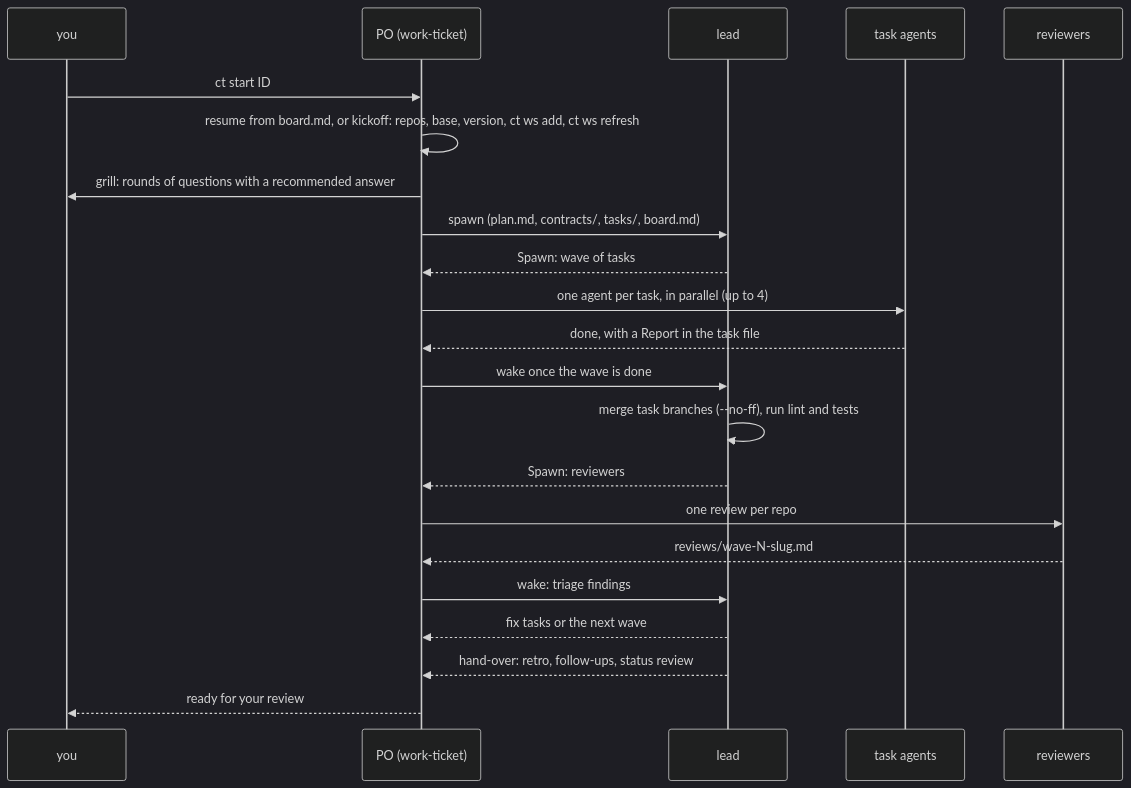
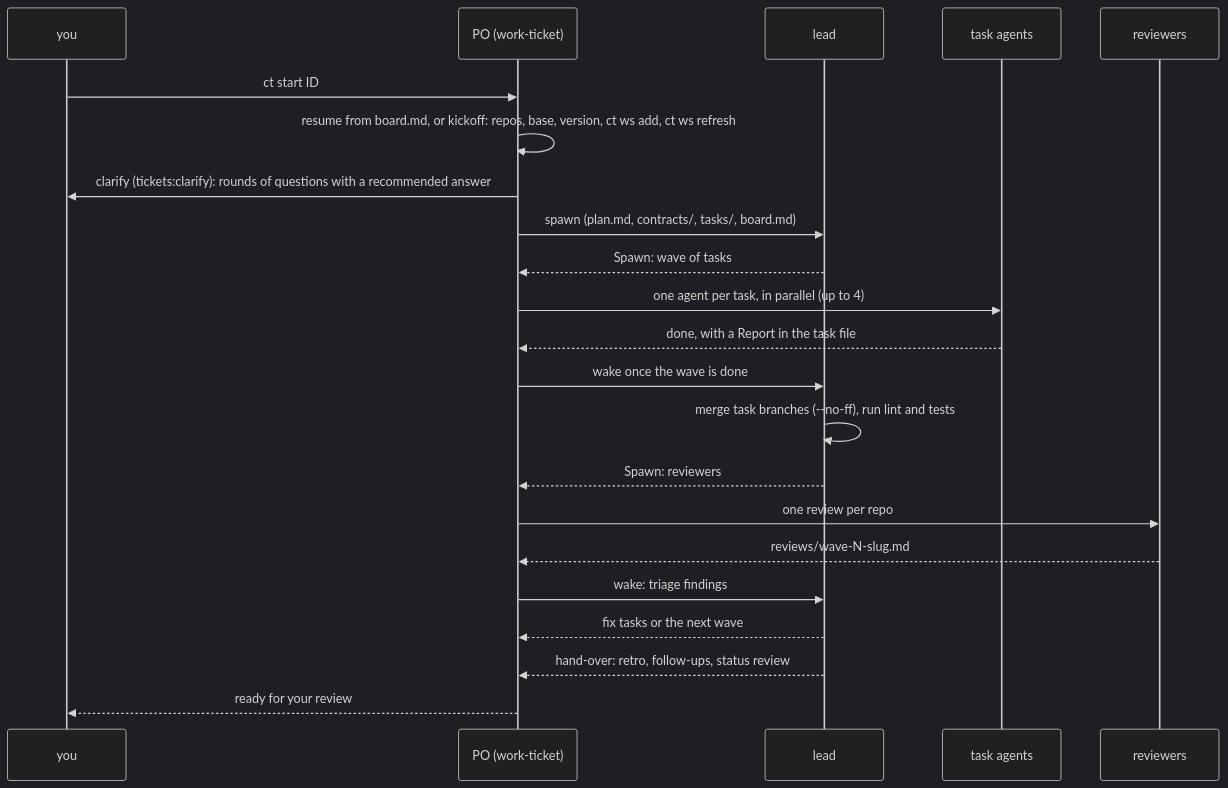
The first of 2 diagrams in docs/ticket-workflow.md (zero4573/claude-tickets), drawn with Mermaid (dark theme) before and after one commit. The commit also changed other lines of this file and 4 other files, not shown here.

````diff
--- a/docs/ticket-workflow.md
+++ b/docs/ticket-workflow.md
@@ -9,24 +9,24 @@
 ```mermaid
 sequenceDiagram
   participant U as you
   participant P as PO (work-ticket)
   participant L as lead
   participant T as task agents
   participant R as reviewers
   U->>P: ct start ID
   P->>P: resume from board.md, or kickoff: repos, base, version, ct ws add, ct ws refresh
-  P->>U: grill: rounds of questions with a recommended answer
+  P->>U: clarify (tickets:clarify): rounds of questions with a recommended answer
   P->>L: spawn (plan.md, contracts/, tasks/, board.md)
   L-->>P: Spawn: wave of tasks
   P->>T: one agent per task, in parallel (up to 4)
   T-->>P: done, with a Report in the task file
   P->>L: wake once the wave is done
   L->>L: merge task branches (--no-ff), run lint and tests
   L-->>P: Spawn: reviewers
   P->>R: one review per repo
   R-->>P: reviews/wave-N-slug.md
   P->>L: wake: triage findings
   L-->>P: fix tasks or the next wave
   L-->>P: hand-over: retro, follow-ups, status review
   P-->>U: ready for your review
 ```
````
